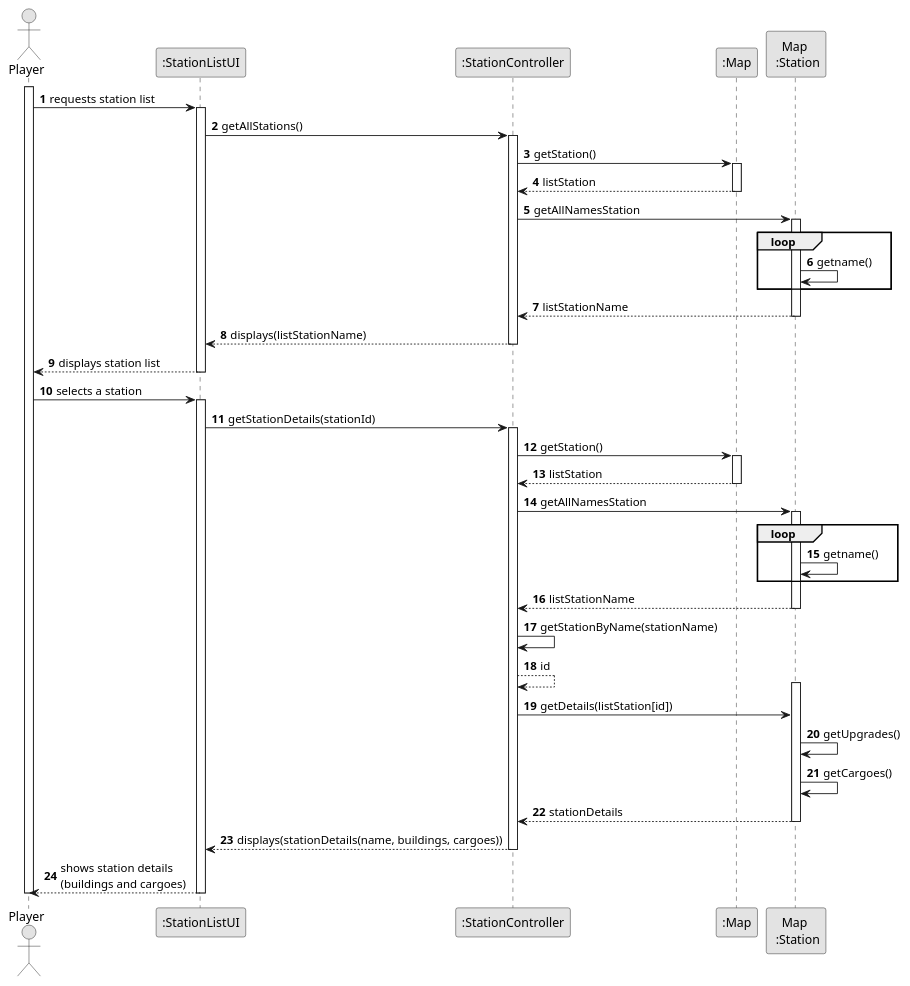
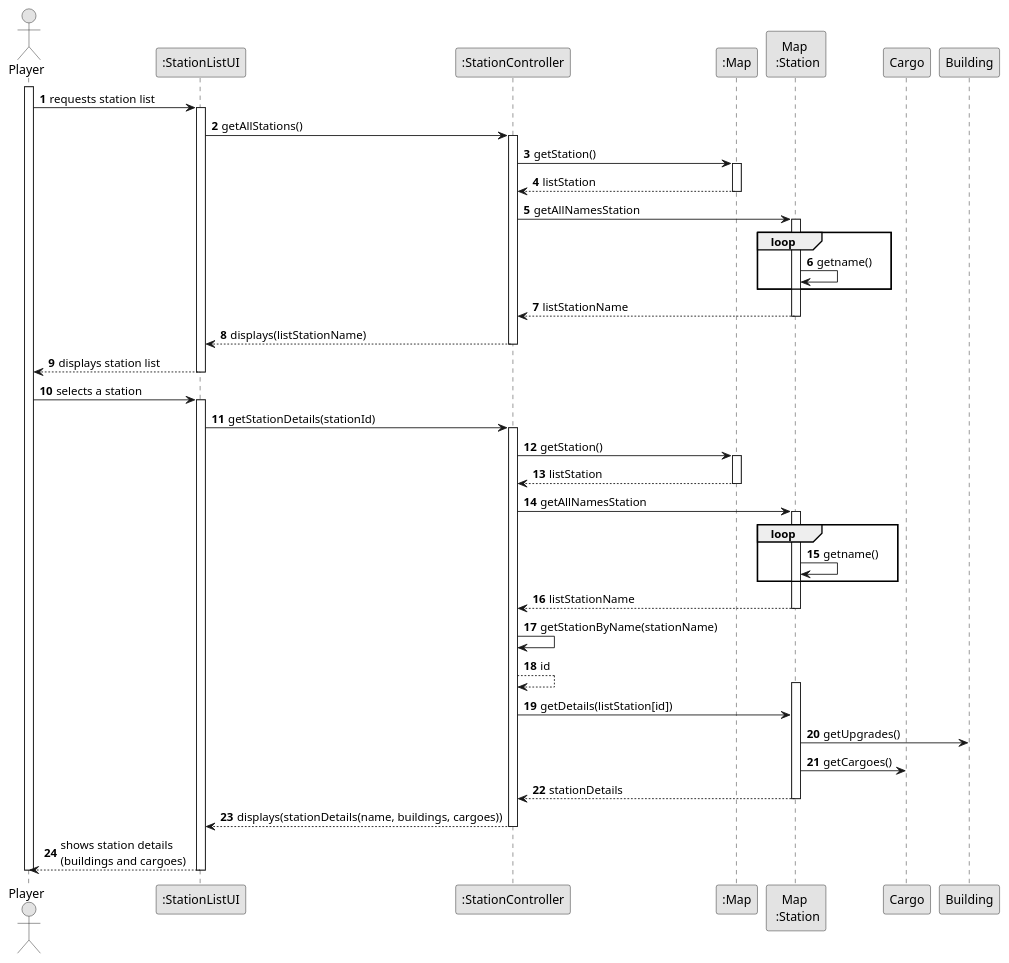
Before and after one commit to 1240826/empire-on-tracks: the diagram in docs/system-documentation/US007/03.design/puml/US007-SD-full.puml, drawn with PlantUML. The commit also changed 1 other file, not shown here.

Commit message:
Changes to US007 Class Diagram and Sequence Diagram

```diff
--- a/docs/system-documentation/US007/03.design/puml/US007-SD-full.puml
+++ b/docs/system-documentation/US007/03.design/puml/US007-SD-full.puml
@@ -1,86 +1,88 @@
 @startuml
 skinparam monochrome true
 skinparam packageStyle rectangle
 skinparam shadowing false
 
 autonumber
 
 actor "Player" as PLAYER
 participant ":StationListUI" as UI
 participant ":StationController" as CTRL
 participant ":Map" as REPOS
 participant "Map \n :Station" as REPOS_SINGLETON
+participant "Cargo" as CARGO
+participant "Building" as BUILDING
 
 
 
 activate PLAYER
 
         PLAYER -> UI : requests station list
         activate UI
             UI -> CTRL : getAllStations()
             activate CTRL
                 CTRL -> REPOS : getStation()
                 activate REPOS
                     REPOS --> CTRL: listStation
                 deactivate REPOS
 
                 CTRL->REPOS_SINGLETON :getAllNamesStation
                 activate REPOS_SINGLETON
                 loop
                 REPOS_SINGLETON->REPOS_SINGLETON:getname()
                 end
                 REPOS_SINGLETON-->CTRL: listStationName
 
                 deactivate REPOS_SINGLETON
 
 
 
 
 
                 CTRL --> UI : displays(listStationName)
             deactivate CTRL
 
             UI --> PLAYER : displays station list
         deactivate UI
 
     PLAYER -> UI : selects a station
     activate UI
         UI -> CTRL : getStationDetails(stationId)
         activate CTRL
 
          CTRL -> REPOS : getStation()
                         activate REPOS
                             REPOS --> CTRL: listStation
                         deactivate REPOS
 
                         CTRL->REPOS_SINGLETON :getAllNamesStation
                         activate REPOS_SINGLETON
                         loop
                         REPOS_SINGLETON->REPOS_SINGLETON:getname()
                         end
                         REPOS_SINGLETON-->CTRL: listStationName
 
                         deactivate REPOS_SINGLETON
 
 
 
             CTRL -> CTRL: getStationByName(stationName)
             CTRL --> CTRL : id
             activate REPOS_SINGLETON
                 CTRL -> REPOS_SINGLETON : getDetails(listStation[id])
 
-                    REPOS_SINGLETON -> REPOS_SINGLETON : getUpgrades()
-                    REPOS_SINGLETON -> REPOS_SINGLETON : getCargoes()
+                    REPOS_SINGLETON -> BUILDING : getUpgrades()
+                    REPOS_SINGLETON -> CARGO : getCargoes()
 
 
                 REPOS_SINGLETON --> CTRL : stationDetails
                 deactivate REPOS_SINGLETON
 
             CTRL --> UI : displays(stationDetails(name, buildings, cargoes))
         deactivate CTRL
 
         UI --> PLAYER : shows station details\n(buildings and cargoes)
     deactivate UI
 
 deactivate PLAYER
 @enduml
```
